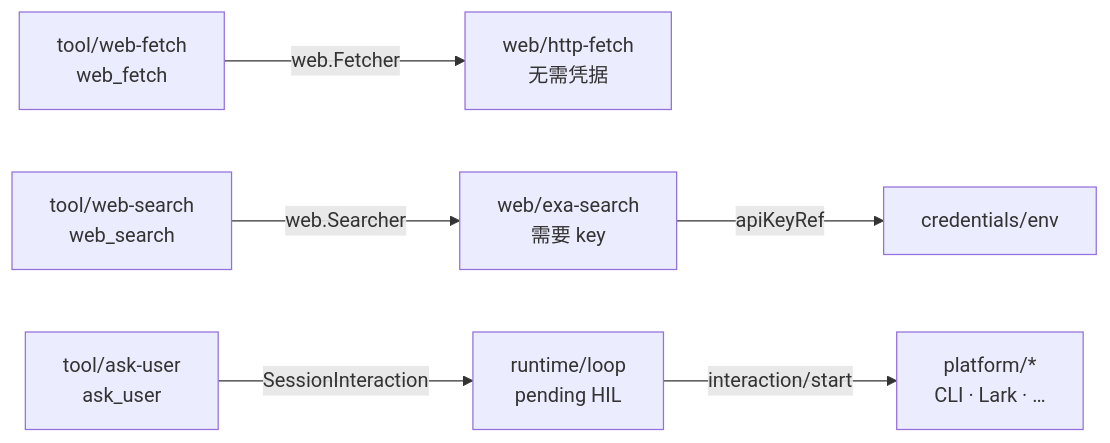
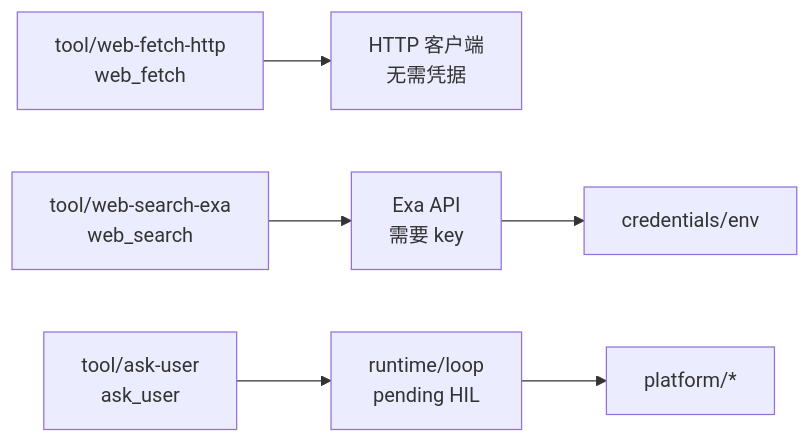
The diagram in docs/web.zh.md (lengzhao/agentkit), drawn with Mermaid before and after one commit. The commit also changed other lines of this file and 62 other files, not shown here.

````diff
--- a/docs/web.zh.md
+++ b/docs/web.zh.md
@@ -18,8 +20,8 @@
 ```mermaid
 flowchart LR
-  TF["tool/web-fetch<br/>web_fetch"] -->|"web.Fetcher"| HF["web/http-fetch<br/>无需凭据"]
-  TS["tool/web-search<br/>web_search"] -->|"web.Searcher"| EX["web/exa-search<br/>需要 key"]
-  TA["tool/ask-user<br/>ask_user"] -->|"SessionInteraction"| Loop["runtime/loop<br/>pending HIL"]
-  Loop -->|"interaction/start"| Platform["platform/*<br/>CLI · Lark · …"]
-  EX -->|"apiKeyRef"| CR["credentials/env"]
+  TF["tool/web-fetch-http<br/>web_fetch"] --> HTTP["HTTP 客户端<br/>无需凭据"]
+  TS["tool/web-search-exa<br/>web_search"] --> EX["Exa API<br/>需要 key"]
+  TA["tool/ask-user<br/>ask_user"] --> Loop["runtime/loop<br/>pending HIL"]
+  Loop --> Platform["platform/*"]
+  EX --> CR["credentials/env"]
 ```
````
